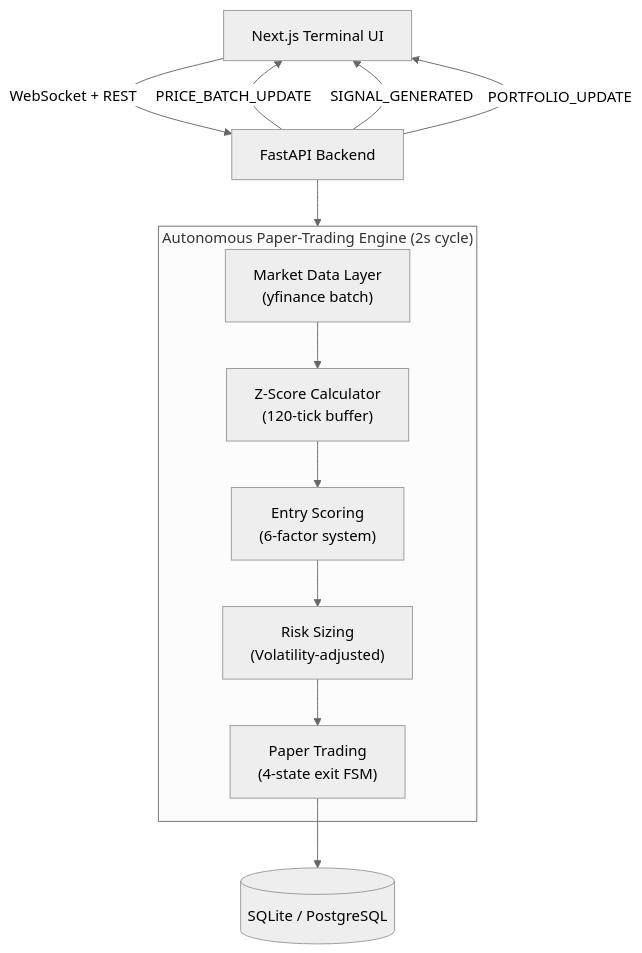
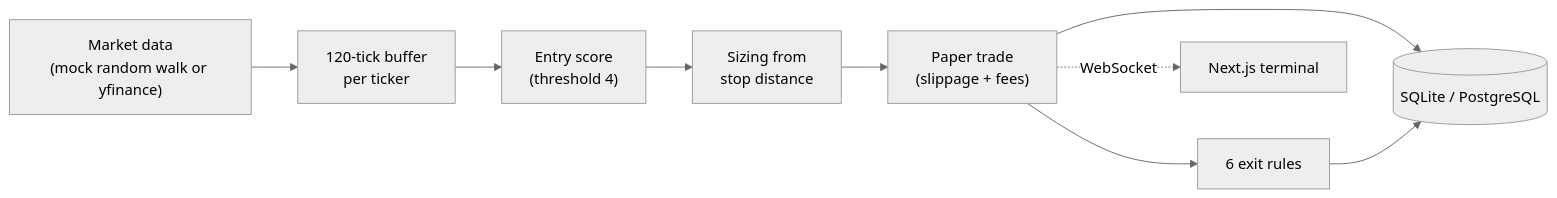
One commit to yigitsarpavci/trading-platform changed the diagram in engine/README.md. Above: the diagram before and after it, drawn with Mermaid (neutral theme). The commit also changed other lines of this file and 4 other files, not shown here.

First line of the commit message:
fix(engine): open trades at the risk-normalized notional; docs: rewrite README

````diff
--- a/engine/README.md
+++ b/engine/README.md
@@ -114,20 +45,11 @@
 ```mermaid
-graph TD
-    Client["Next.js Terminal UI"] -->|WebSocket + REST| API["FastAPI Backend"]
-    
-    subgraph Engine["Autonomous Paper-Trading Engine (2s cycle)"]
-        MD["Market Data Layer<br/>(yfinance batch)"]
-        ZS["Z-Score Calculator<br/>(120-tick buffer)"]
-        ES["Entry Scoring<br/>(6-factor system)"]
-        PT["Paper Trading<br/>(4-state exit FSM)"]
-        RS["Risk Sizing<br/>(Volatility-adjusted)"]
-    end
-
-    API --> Engine
-    MD --> ZS --> ES --> RS --> PT
-    PT --> DB[(SQLite / PostgreSQL)]
-    
-    API -->|PRICE_BATCH_UPDATE| Client
-    API -->|SIGNAL_GENERATED| Client
-    API -->|PORTFOLIO_UPDATE| Client
+graph LR
+    Feed["Market data<br/>(mock random walk or yfinance)"] --> Buf["120-tick buffer<br/>per ticker"]
+    Buf --> Score["Entry score<br/>(threshold 4)"]
+    Score --> Size["Sizing from<br/>stop distance"]
+    Size --> Trade["Paper trade<br/>(slippage + fees)"]
+    Trade --> Exit["6 exit rules"]
+    Trade --> DB[(SQLite / PostgreSQL)]
+    Exit --> DB
+    Trade -. WebSocket .-> UI["Next.js terminal"]
 ```
````
